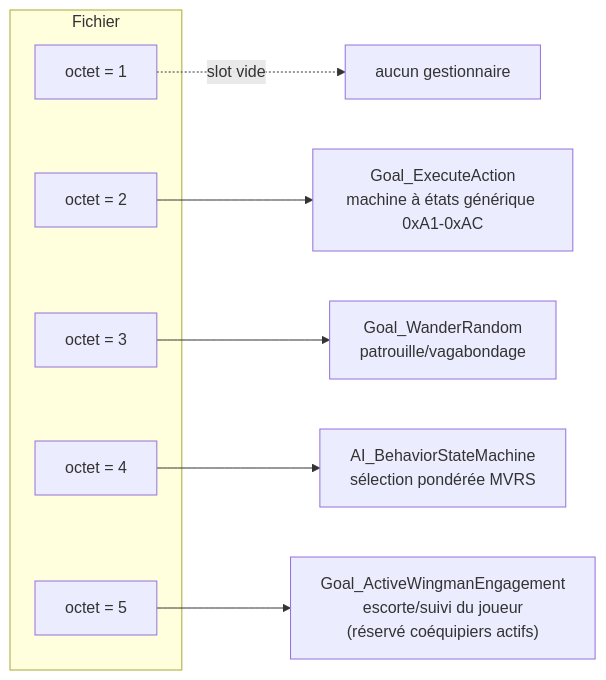
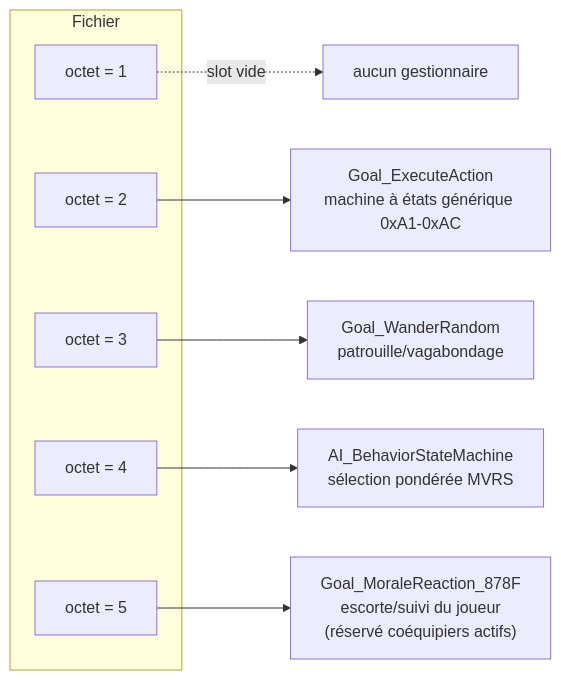
One commit to remileonard/strike_commander_re changed the tenth of 13 diagrams in analysis/AI_SYSTEM.md. Above: the diagram before and after it, drawn with Mermaid. The commit also changed other lines of this file and 11 other files, not shown here.

First line of the commit message:
IA : le gestionnaire GOAL 5 est une reaction au moral

````diff
--- a/analysis/AI_SYSTEM.md
+++ b/analysis/AI_SYSTEM.md
@@ -939,15 +939,15 @@
 ```mermaid
 flowchart LR
     subgraph Fichier
         B1["octet = 1"] 
         B2["octet = 2"]
         B3["octet = 3"]
         B4["octet = 4"]
         B5["octet = 5"]
     end
     B1 -.->|slot vide| E[aucun gestionnaire]
     B2 --> H2[Goal_ExecuteAction<br/>machine à états générique 0xA1-0xAC]
     B3 --> H3[Goal_WanderRandom<br/>patrouille/vagabondage]
     B4 --> H4[AI_BehaviorStateMachine<br/>sélection pondérée MVRS]
-    B5 --> H5["Goal_ActiveWingmanEngagement<br/>escorte/suivi du joueur<br/>(réservé coéquipiers actifs)"]
+    B5 --> H5["Goal_MoraleReaction_878F<br/>escorte/suivi du joueur<br/>(réservé coéquipiers actifs)"]
 ```
````
